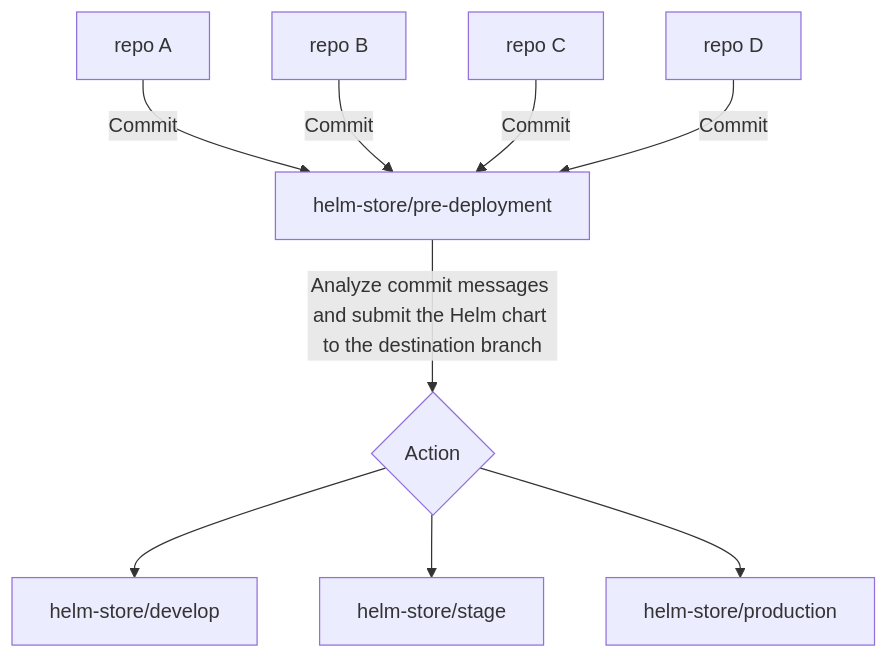
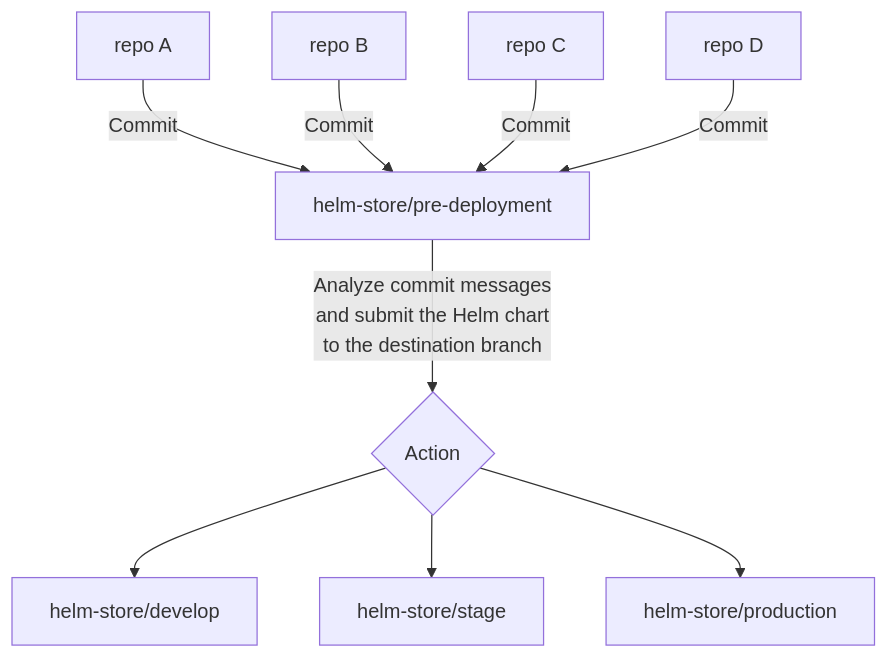
Before and after one commit to eduardo854/helm-store: the diagram in README.md, drawn with Mermaid.

Commit message:
chore: updated readme.md with operational architecture

````diff
--- a/README.md
+++ b/README.md
@@ -6,11 +6,11 @@
 ```mermaid
 flowchart TD;
     A1[repo A] -->|Commit| B;
     A2[repo B] -->|Commit| B;
     A3[repo C] -->|Commit| B;
     A4[repo D] -->|Commit| B;
-    B[helm-store/pre-deployment] -->|Analyze commit messages and submit the Helm chart to the destination branch| C{Action};
+    B[helm-store/pre-deployment] -->|Analyze commit messages <br> and submit the Helm chart <br> to the destination branch| C{Action}
     C --> D[helm-store/develop];
     C --> E[helm-store/stage];
     C --> F[helm-store/production];
 ```
````
